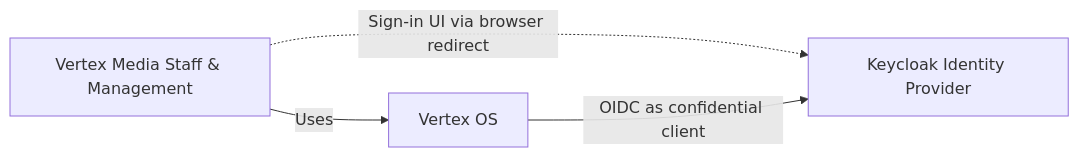
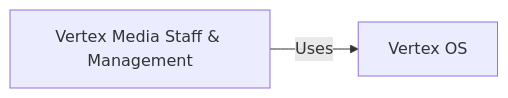
The first of 6 diagrams in docs/ARCHITECTURE.md (HussienALfajer/vertex-media-os), drawn with Mermaid before and after one commit. The commit also changed other lines of this file and 122 other files, not shown here.

````diff
--- a/docs/ARCHITECTURE.md
+++ b/docs/ARCHITECTURE.md
@@ -229,10 +227,7 @@
 ```mermaid
 flowchart LR
     Staff["Vertex Media Staff & Management"]
     VertexOS["Vertex OS"]
-    IdP["Keycloak Identity Provider"]
 
     Staff -->|Uses| VertexOS
-    Staff -.->|Sign-in UI via browser redirect| IdP
-    VertexOS -->|OIDC as confidential client| IdP
 ```
````
